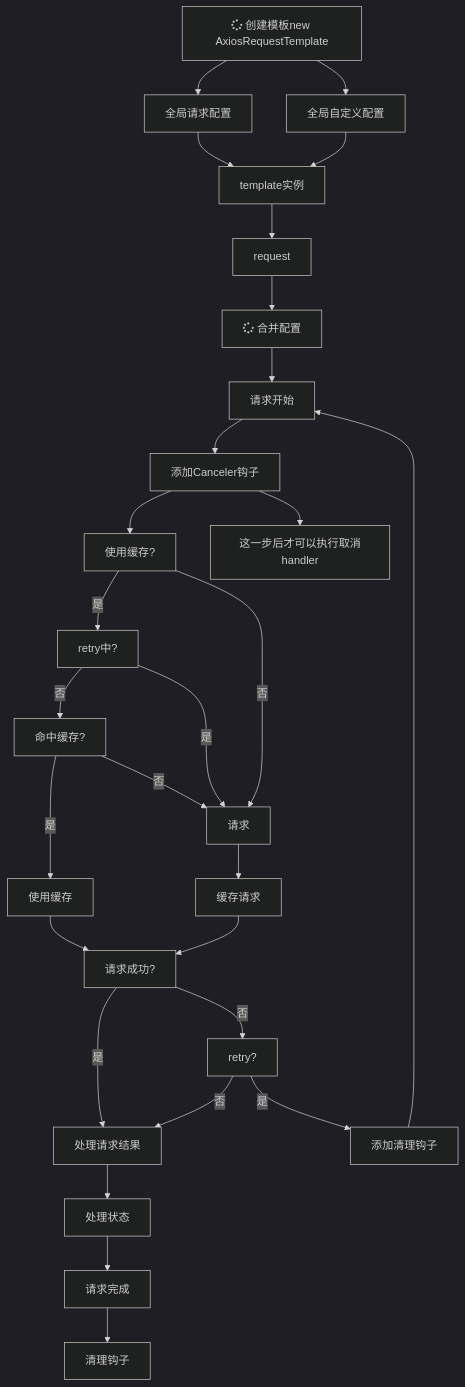
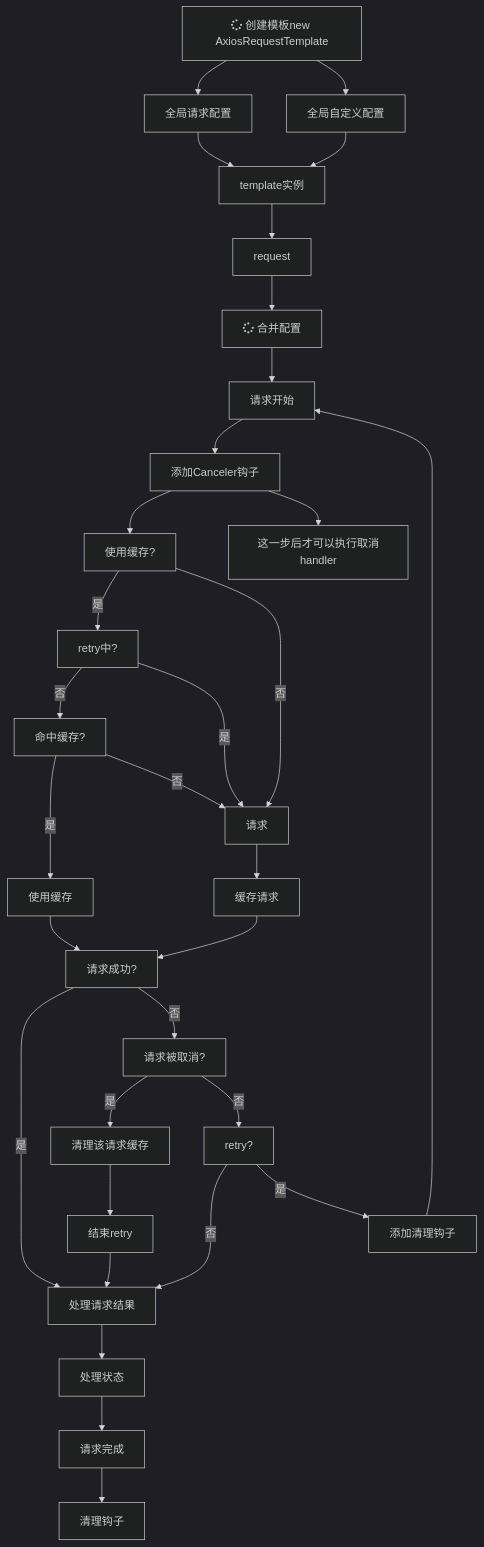
One commit to mengxinssfd/request-template changed the diagram in README.md. Above: the diagram before and after it, drawn with Mermaid (dark theme). The commit also changed other lines of this file, not shown here.

````diff
--- a/README.md
+++ b/README.md
@@ -27,44 +64,45 @@
 ```mermaid
 flowchart
 MergeConfig[fa:fa-spinner 合并配置]
 CreateTemplate[fa:fa-spinner 创建模板new AxiosRequestTemplate]
 GlobalRequestConfig[全局请求配置]
 GlobalCustomConfig[全局自定义配置]
 
 
 CreateTemplate --> GlobalRequestConfig --> template实例
 CreateTemplate --> GlobalCustomConfig --> template实例
 
 
 template实例 --> request
 
 
 request --> MergeConfig --> 请求开始 --> 添加Canceler钩子 --> 使用缓存?
 
 添加Canceler钩子 --> 这一步后才可以执行取消handler
 
 使用缓存? --> |是| retry中?
 retry中? --> |否| 命中缓存?
 retry中? --> |是| 请求
 
 
 命中缓存?  --> |是| 使用缓存 --> 请求成功?
 命中缓存?  --> |否| 请求
 
-使用缓存? --> |否| 请求 --> 缓存请求  --> 请求成功?
+使用缓存? --> |否| 请求 -->  缓存请求  --> 请求成功?
+
 
 请求成功? --> |是| 处理请求结果
-请求成功? --> |否| retry?
-
+请求成功? --> |否| 请求被取消? --> |是| 清理该请求缓存 --> 结束retry --> 处理请求结果
+请求被取消? --> |否| retry?
 
 retry? --> |否| 处理请求结果
 retry? --> |是| 添加清理钩子 --> 请求开始
 
 
 处理请求结果 --> 处理状态 --> 请求完成 --> 清理钩子
 
 
 
 
 
 ```
````
